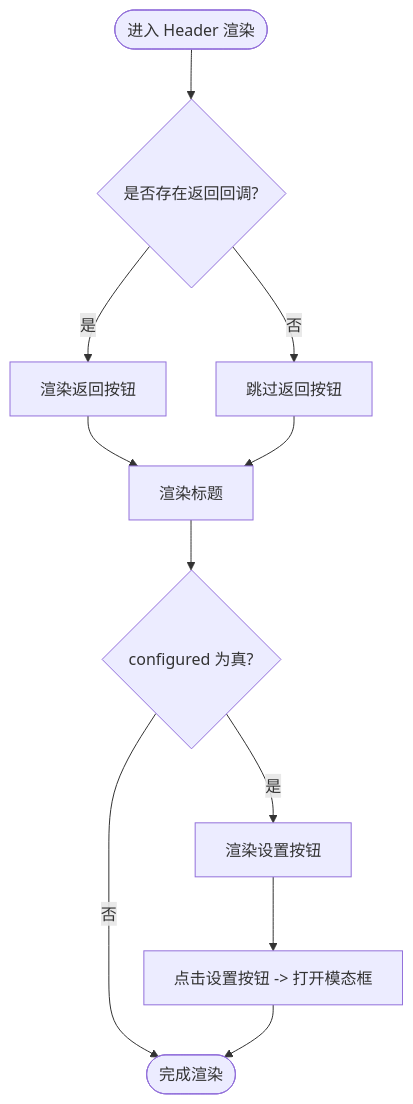
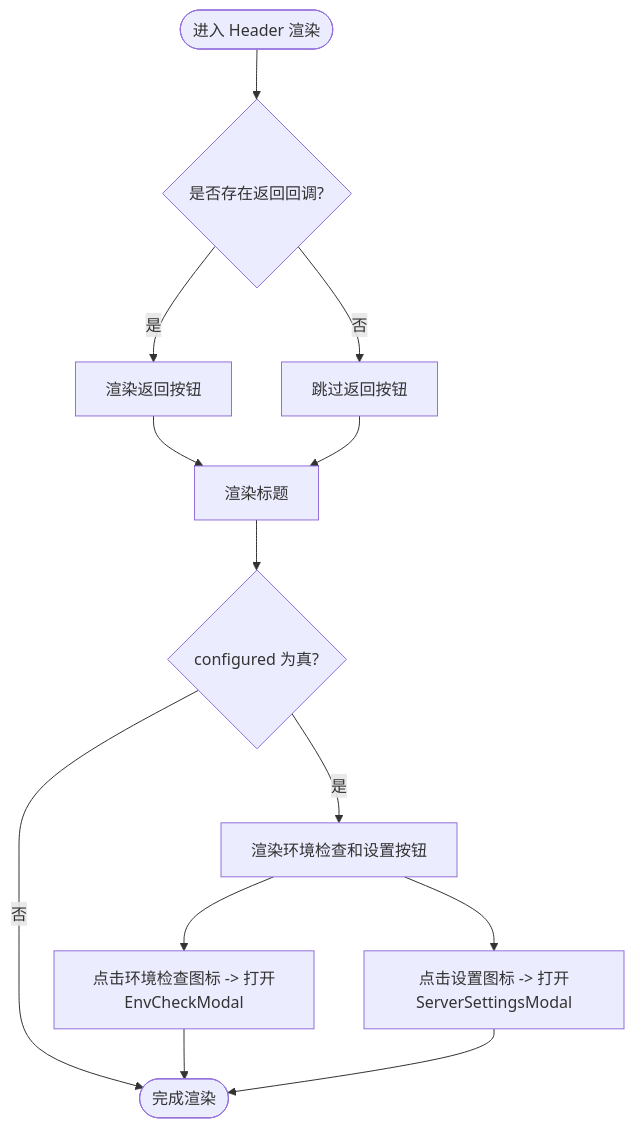
One commit to RabbitAI-Lab/Sandbox-Manager changed the third of 4 diagrams in .qoder/repowiki/zh/content/前端应用架构/组件系统设计/布局组件.md. Above: the diagram before and after it, drawn with Mermaid. The commit also changed other lines of this file and 21 other files, not shown here.

````diff
--- a/.qoder/repowiki/zh/content/前端应用架构/组件系统设计/布局组件.md
+++ b/.qoder/repowiki/zh/content/前端应用架构/组件系统设计/布局组件.md
@@ -132,13 +163,15 @@
 ```mermaid
 flowchart TD
 Start(["进入 Header 渲染"]) --> CheckBack{"是否存在返回回调?"}
 CheckBack --> |是| ShowBack["渲染返回按钮"]
 CheckBack --> |否| SkipBack["跳过返回按钮"]
 ShowBack --> RenderTitle["渲染标题"]
 SkipBack --> RenderTitle
 RenderTitle --> CheckConfig{"configured 为真?"}
-CheckConfig --> |是| ShowSettings["渲染设置按钮"]
+CheckConfig --> |是| ShowActions["渲染环境检查和设置按钮"]
 CheckConfig --> |否| End(["完成渲染"])
-ShowSettings --> ClickSettings["点击设置按钮 -> 打开模态框"]
+ShowActions --> ClickEnvCheck["点击环境检查图标 -> 打开EnvCheckModal"]
+ShowActions --> ClickSettings["点击设置图标 -> 打开ServerSettingsModal"]
+ClickEnvCheck --> End
 ClickSettings --> End
 ```
````
